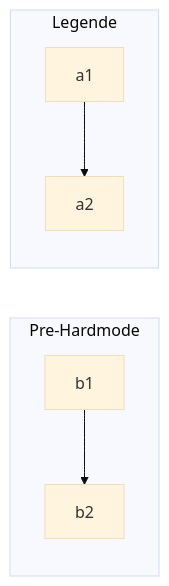
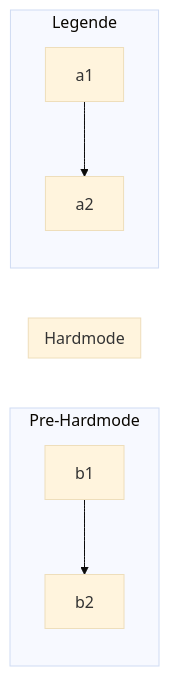
One commit to Schokobaer06/BattleOfGods changed the diagram in todo.md. Above: the diagram before and after it, drawn with Mermaid (base theme). The commit also changed other lines of this file, not shown here.

````diff
--- a/todo.md
+++ b/todo.md
@@ -136,11 +136,13 @@
 ```mermaid
 graph LR
 
 subgraph prehardmode [Pre-Hardmode]
 b1-->b2
 end
+subgraph hardmode [Hardmode]
+end
 subgraph legend [Legende]
 a1-->a2
 end
 
 ```
````
